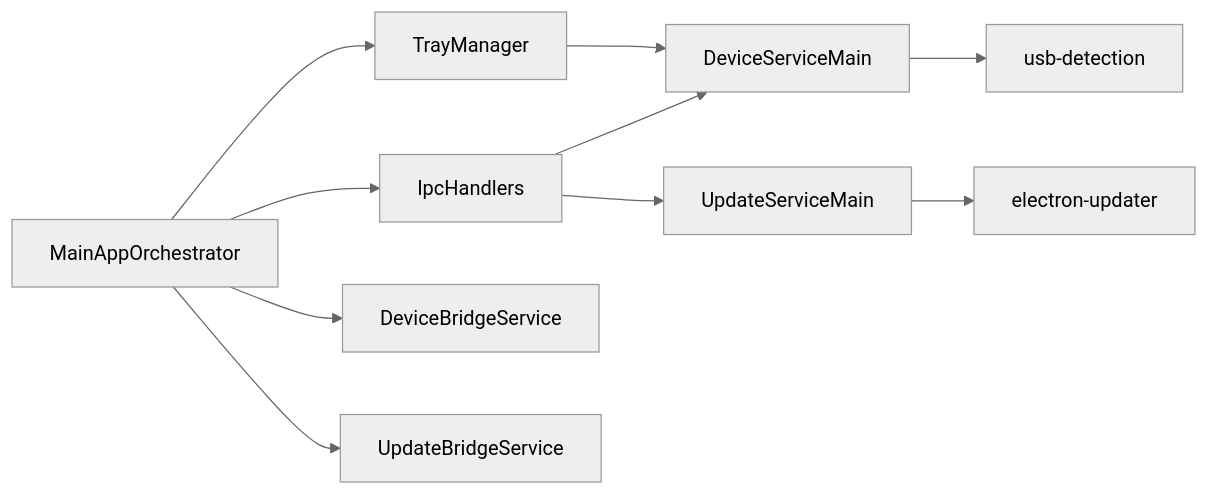
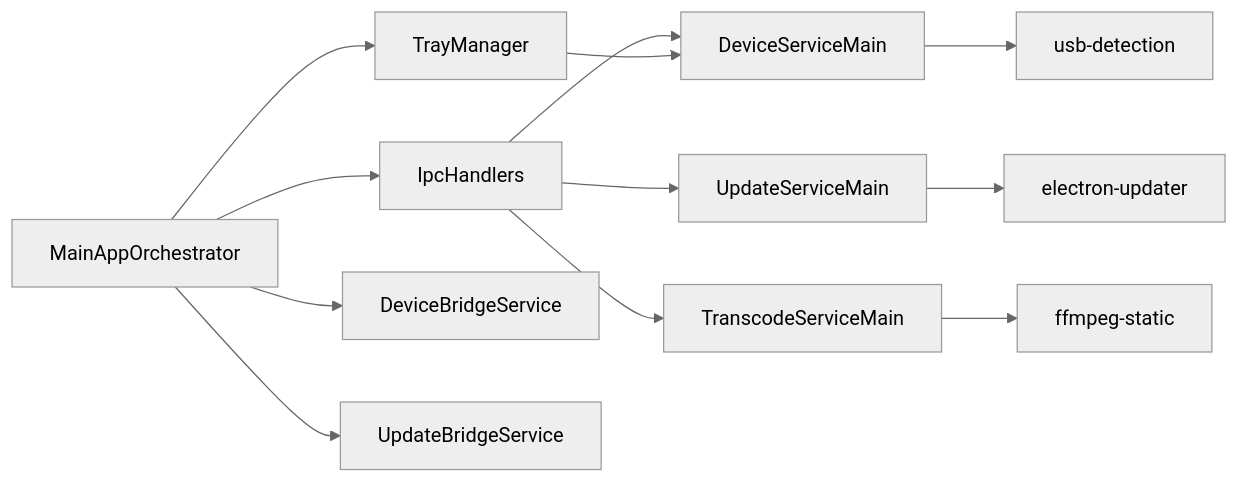
Before and after one commit to josstei/prismgb-app: the fifth of 6 diagrams in docs/architecture-diagrams-onboarding.md, drawn with Mermaid (neutral theme). The commit also changed other lines of this file and 80 other files, not shown here.

Commit message:
feat(transcode): add FFmpeg transcoding with progress indicator (#71)

````diff
--- a/docs/architecture-diagrams-onboarding.md
+++ b/docs/architecture-diagrams-onboarding.md
@@ -85,23 +89,27 @@
 ```mermaid
 flowchart LR
   MainAppOrchestrator[MainAppOrchestrator]
   IpcHandlers[IpcHandlers]
   TrayManager[TrayManager]
   DeviceBridge[DeviceBridgeService]
   UpdateBridge[UpdateBridgeService]
   DeviceServiceMain[DeviceServiceMain]
   UpdateServiceMain[UpdateServiceMain]
+  TranscodeServiceMain[TranscodeServiceMain]
   UsbDetection[usb-detection]
   AutoUpdater[electron-updater]
+  FFmpeg[ffmpeg-static]
 
   MainAppOrchestrator --> IpcHandlers
   MainAppOrchestrator --> TrayManager
   MainAppOrchestrator --> DeviceBridge
   MainAppOrchestrator --> UpdateBridge
 
   IpcHandlers --> DeviceServiceMain
   IpcHandlers --> UpdateServiceMain
+  IpcHandlers --> TranscodeServiceMain
   TrayManager --> DeviceServiceMain
   DeviceServiceMain --> UsbDetection
   UpdateServiceMain --> AutoUpdater
+  TranscodeServiceMain --> FFmpeg
 ```
````
